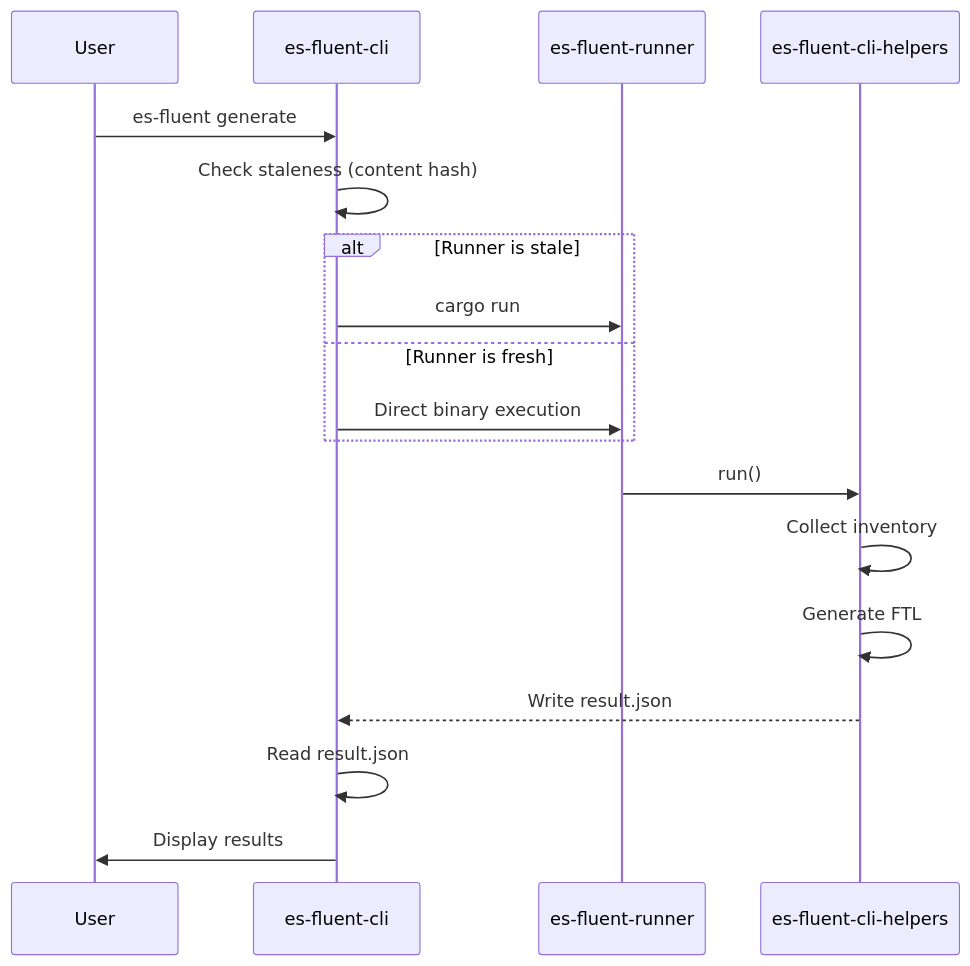
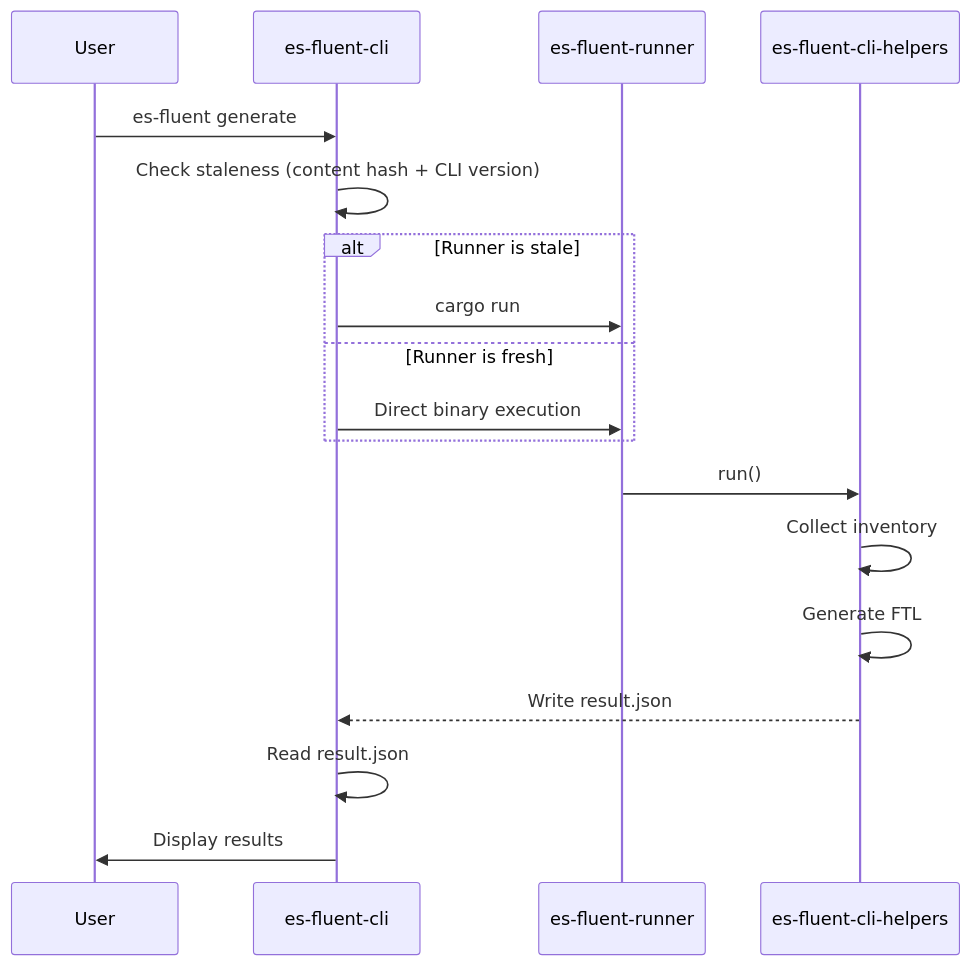
One commit to stayhydated/es-fluent changed the second of 3 diagrams in crates/es-fluent-cli/docs/ARCHITECTURE.md. Above: the diagram before and after it, drawn with Mermaid. The commit also changed other lines of this file and 4 other files, not shown here.

````diff
--- a/crates/es-fluent-cli/docs/ARCHITECTURE.md
+++ b/crates/es-fluent-cli/docs/ARCHITECTURE.md
@@ -71,21 +71,21 @@
 ```mermaid
 sequenceDiagram
     participant User
     participant CLI as es-fluent-cli
     participant Runner as es-fluent-runner
     participant Helpers as es-fluent-cli-helpers
 
     User->>CLI: es-fluent generate
-    CLI->>CLI: Check staleness (content hash)
+    CLI->>CLI: Check staleness (content hash + CLI version)
     alt Runner is stale
         CLI->>Runner: cargo run
     else Runner is fresh
         CLI->>Runner: Direct binary execution
     end
     Runner->>Helpers: run()
     Helpers->>Helpers: Collect inventory
     Helpers->>Helpers: Generate FTL
     Helpers-->>CLI: Write result.json
     CLI->>CLI: Read result.json
     CLI->>User: Display results
 ```
````
